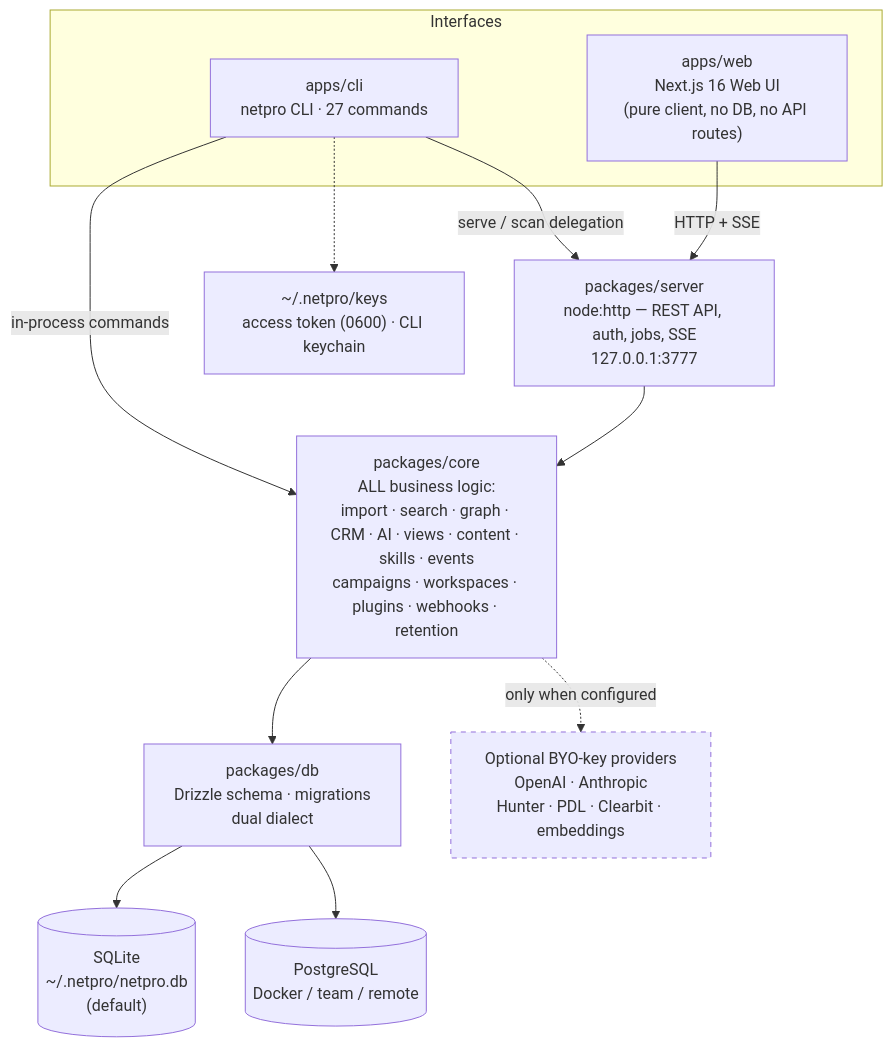
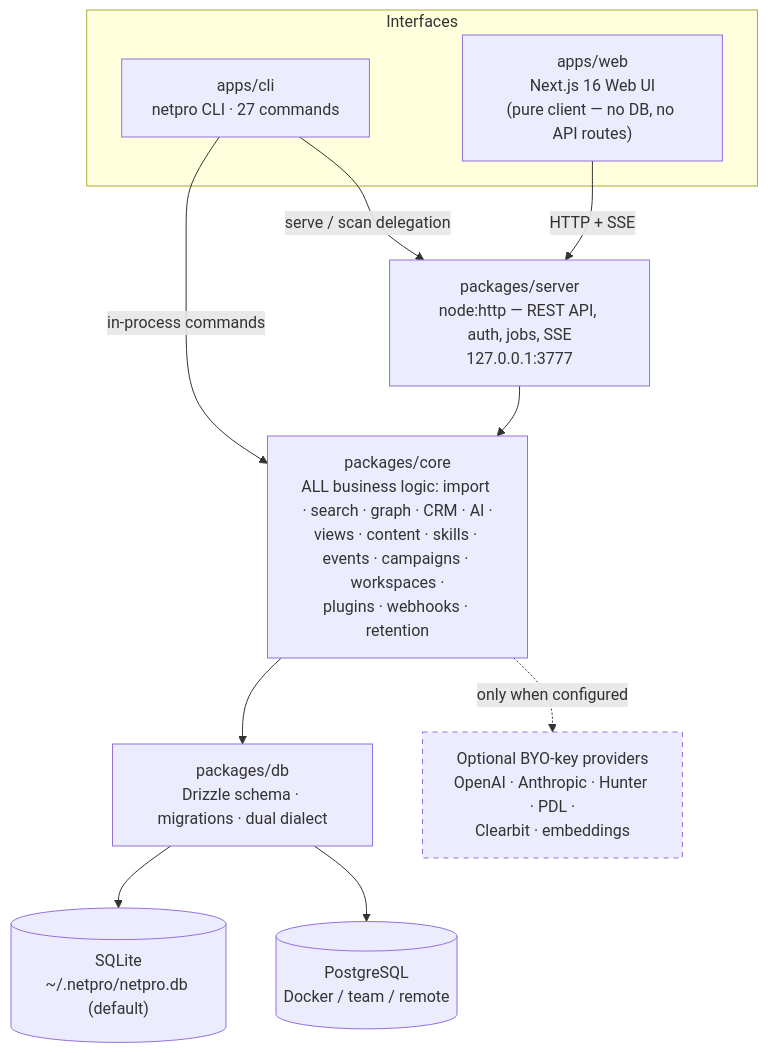
The diagram in README.md (NiravRVaghasiya/NetPro), drawn with Mermaid before and after one commit. The commit also changed other lines of this file, not shown here.

````diff
--- a/README.md
+++ b/README.md
@@ -192,31 +322,27 @@
 ```mermaid
 flowchart TB
   subgraph clients["Interfaces"]
     CLI["apps/cli<br/>netpro CLI · 27 commands"]
-    WEB["apps/web<br/>Next.js 16 Web UI<br/>(pure client, no DB, no API routes)"]
+    WEB["apps/web<br/>Next.js 16 Web UI<br/>(pure client — no DB, no API routes)"]
   end
 
   SERVER["packages/server<br/>node:http — REST API, auth, jobs, SSE<br/>127.0.0.1:3777"]
+  CORE["packages/core<br/>ALL business logic: import · search · graph · CRM · AI ·<br/>views · content · skills · events · campaigns · workspaces ·<br/>plugins · webhooks · retention"]
+  DB["packages/db<br/>Drizzle schema · migrations · dual dialect"]
 
-  CORE["packages/core<br/>ALL business logic:<br/>import · search · graph · CRM · AI · views · content · skills · events<br/>campaigns · workspaces · plugins · webhooks · retention"]
-
-  DB["packages/db<br/>Drizzle schema · migrations<br/>dual dialect"]
-
-  SQLITE[("SQLite<br/>~/.netpro/netpro.db<br/>(default)")]
+  SQLITE[("SQLite<br/>~/.netpro/netpro.db (default)")]
   PG[("PostgreSQL<br/>Docker / team / remote")]
-  KEYS["~/.netpro/keys<br/>access token (0600) · CLI keychain"]
-  PROV["Optional BYO-key providers<br/>OpenAI · Anthropic<br/>Hunter · PDL · Clearbit · embeddings"]
+  PROV["Optional BYO-key providers<br/>OpenAI · Anthropic · Hunter · PDL ·<br/>Clearbit · embeddings"]
 
   CLI -->|"in-process commands"| CORE
   CLI -->|"serve / scan delegation"| SERVER
   WEB -->|"HTTP + SSE"| SERVER
   SERVER --> CORE
   CORE --> DB
   DB --> SQLITE
   DB --> PG
-  CLI -.-> KEYS
   CORE -.->|"only when configured"| PROV
 
   classDef optional stroke-dasharray: 5 5;
   class PROV optional;
 ```
````
